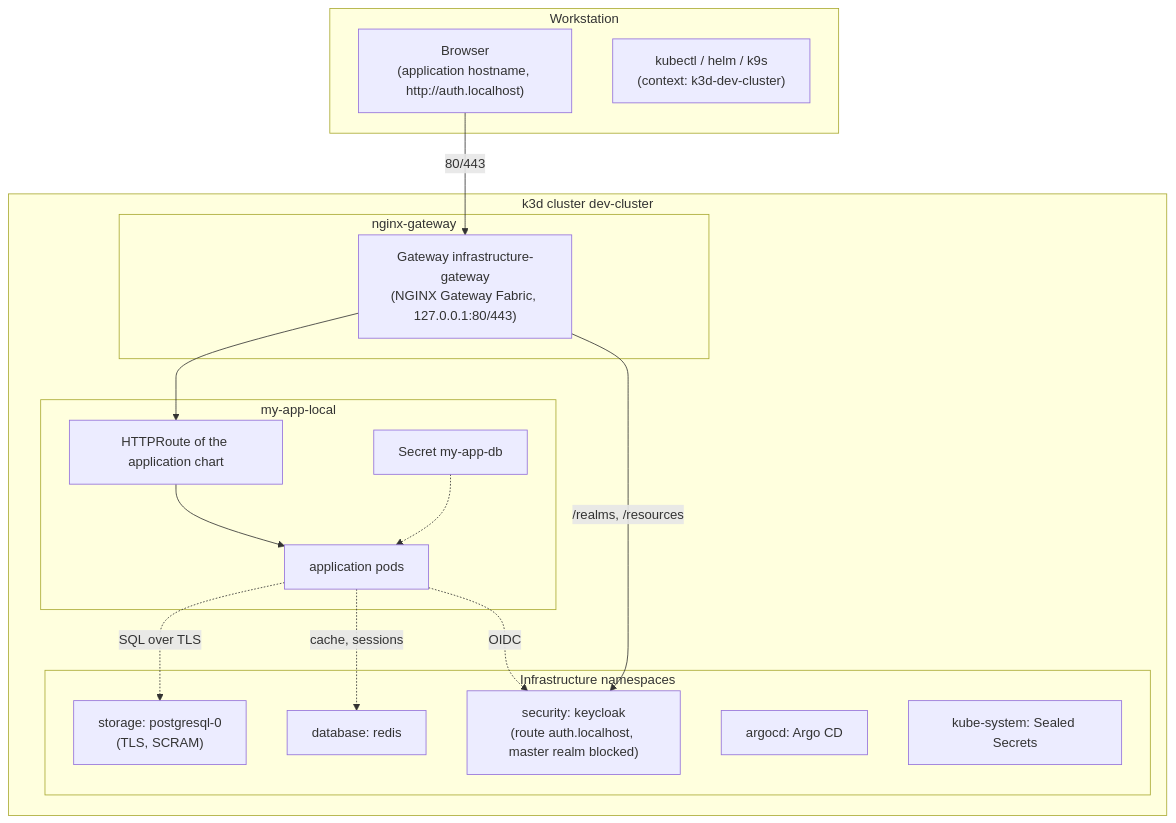
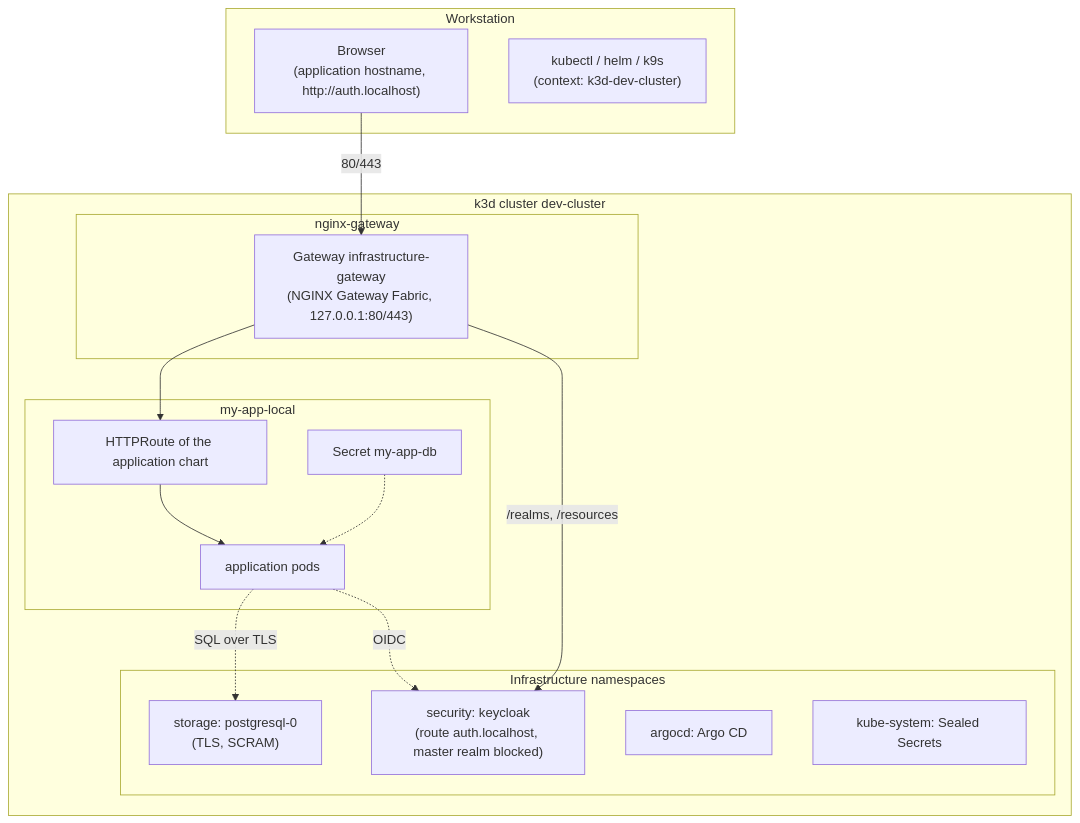
One commit to DevDeNiro/k3s-stack changed the diagram in local/README.md. Above: the diagram before and after it, drawn with Mermaid. The commit also changed other lines of this file and 33 other files, not shown here.

````diff
--- a/local/README.md
+++ b/local/README.md
@@ -11,35 +11,33 @@
 ```mermaid
 flowchart TB
     subgraph Client["Workstation"]
         Browser["Browser\n(application hostname, http://auth.localhost)"]
         KubeCli["kubectl / helm / k9s\n(context: k3d-dev-cluster)"]
     end
 
     subgraph K3d["k3d cluster dev-cluster"]
         subgraph NS_Gateway["nginx-gateway"]
             IGW["Gateway infrastructure-gateway\n(NGINX Gateway Fabric, 127.0.0.1:80/443)"]
         end
 
         subgraph NS_App["my-app-local"]
             RouteApp["HTTPRoute of the application chart"]
             PodApp["application pods"]
             SecDB["Secret my-app-db"]
         end
 
         subgraph NS_Infra["Infrastructure namespaces"]
             PG["storage: postgresql-0\n(TLS, SCRAM)"]
-            Redis["database: redis"]
             KC["security: keycloak\n(route auth.localhost, master realm blocked)"]
             Argo["argocd: Argo CD"]
             SS["kube-system: Sealed Secrets"]
         end
     end
 
     Browser -->|80/443| IGW
     IGW --> RouteApp --> PodApp
     IGW -->|/realms, /resources| KC
     PodApp -.->|SQL over TLS| PG
-    PodApp -.->|cache, sessions| Redis
     PodApp -.->|OIDC| KC
     SecDB -.-> PodApp
 ```
````
